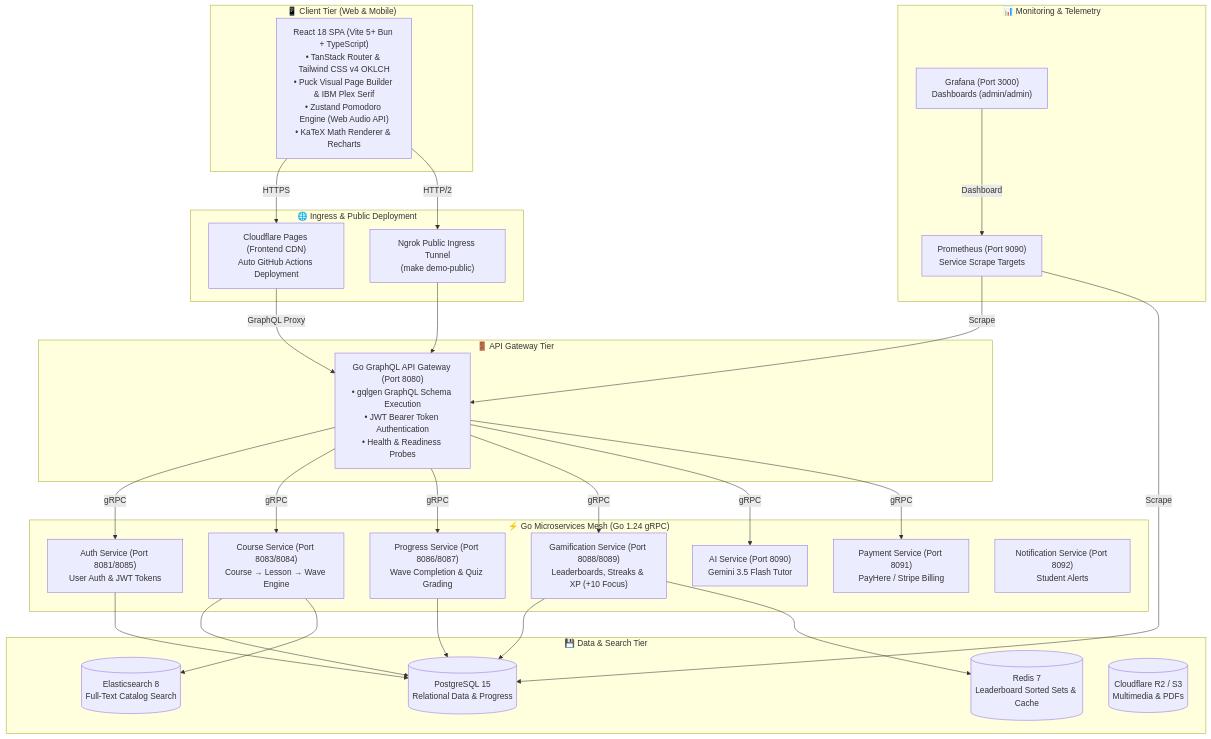
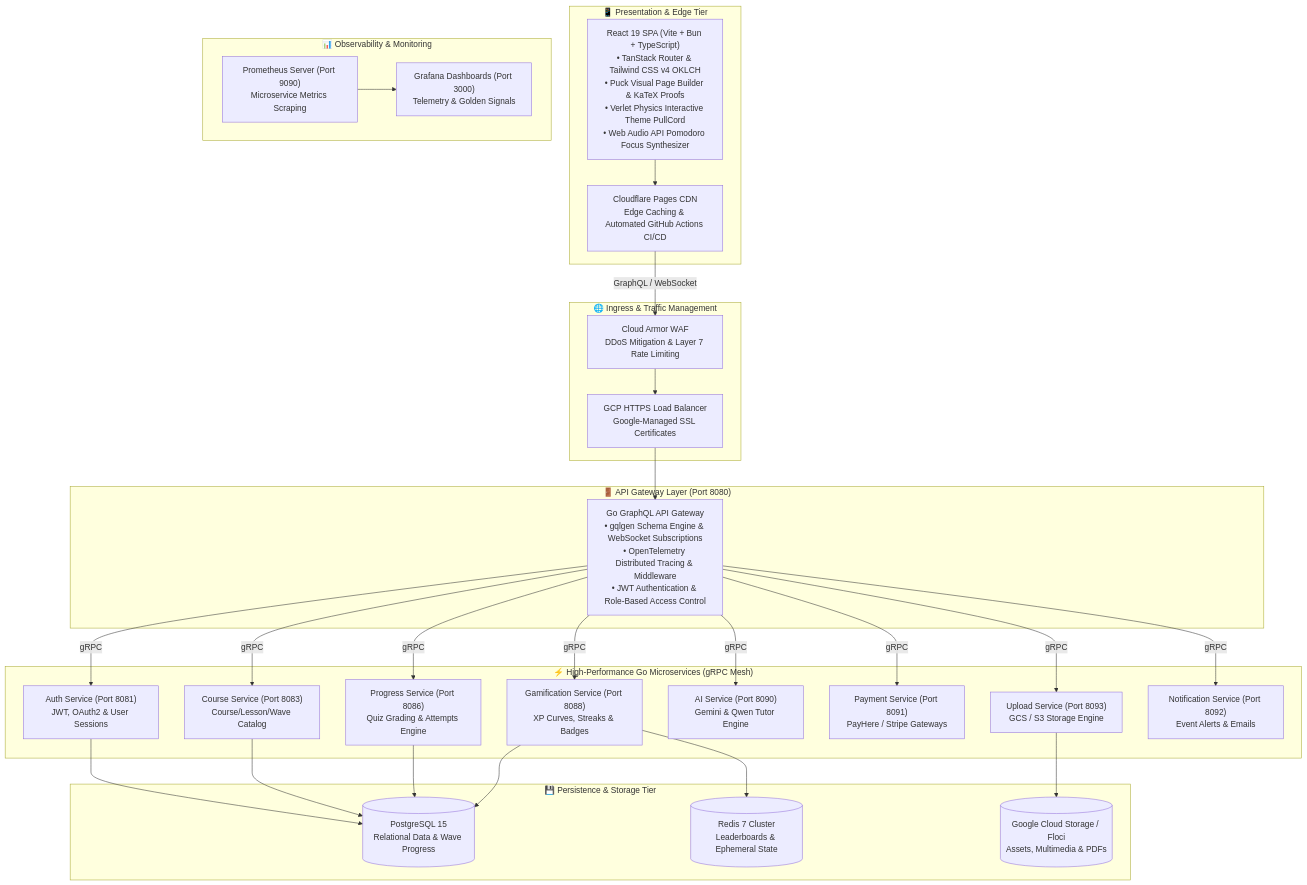
One commit to WarunaUdara/studed-project changed the diagram in README.md. Above: the diagram before and after it, drawn with Mermaid. The commit also changed other lines of this file and 10 other files, not shown here.

Commit message:
docs(readme): enhance project documentation with architecture diagram and tech stack

````diff
--- a/README.md
+++ b/README.md
@@ -61,60 +65,59 @@
 ```mermaid
 graph TB
-    subgraph Client_Tier ["📱 Client Tier (Web & Mobile)"]
-        ReactApp["React 18 SPA (Vite 5+ Bun + TypeScript)<br/>• TanStack Router & Tailwind CSS v4 OKLCH<br/>• Puck Visual Page Builder & IBM Plex Serif<br/>• Zustand Pomodoro Engine (Web Audio API)<br/>• KaTeX Math Renderer & Recharts"]
+    subgraph Client_Tier ["📱 Presentation & Edge Tier"]
+        ReactApp["React 19 SPA (Vite + Bun + TypeScript)<br/>• TanStack Router & Tailwind CSS v4 OKLCH<br/>• Puck Visual Page Builder & KaTeX Proofs<br/>• Verlet Physics Interactive Theme PullCord<br/>• Web Audio API Pomodoro Focus Synthesizer"]
+        CFPages["Cloudflare Pages CDN<br/>Edge Caching & Automated GitHub Actions CI/CD"]
+        ReactApp --> CFPages
     end
 
-    subgraph Ingress_Tier ["🌐 Ingress & Public Deployment"]
-        CloudflarePages["Cloudflare Pages (Frontend CDN)<br/>Auto GitHub Actions Deployment"]
-        Ngrok["Ngrok Public Ingress Tunnel<br/>(make demo-public)"]
+    subgraph Ingress_Tier ["🌐 Ingress & Traffic Management"]
+        CloudArmor["Cloud Armor WAF<br/>DDoS Mitigation & Layer 7 Rate Limiting"]
+        GCP_LB["GCP HTTPS Load Balancer<br/>Google-Managed SSL Certificates"]
+        CFPages -->|GraphQL / WebSocket| CloudArmor
+        CloudArmor --> GCP_LB
     end
 
-    subgraph Gateway_Tier ["🚪 API Gateway Tier"]
-        APIGateway["Go GraphQL API Gateway (Port 8080)<br/>• gqlgen GraphQL Schema Execution<br/>• JWT Bearer Token Authentication<br/>• Health & Readiness Probes"]
+    subgraph Gateway_Tier ["🚪 API Gateway Layer (Port 8080)"]
+        APIGateway["Go GraphQL API Gateway<br/>• gqlgen Schema Engine & WebSocket Subscriptions<br/>• OpenTelemetry Distributed Tracing & Middleware<br/>• JWT Authentication & Role-Based Access Control"]
+        GCP_LB --> APIGateway
     end
 
-    subgraph Service_Tier ["⚡ Go Microservices Mesh (Go 1.24 gRPC)"]
-        AuthSvc["Auth Service (Port 8081/8085)<br/>User Auth & JWT Tokens"]
-        CourseSvc["Course Service (Port 8083/8084)<br/>Course → Lesson → Wave Engine"]
-        ProgressSvc["Progress Service (Port 8086/8087)<br/>Wave Completion & Quiz Grading"]
-        GamifySvc["Gamification Service (Port 8088/8089)<br/>Leaderboards, Streaks & XP (+10 Focus)"]
-        AISvc["AI Service (Port 8090)<br/>Gemini 3.5 Flash Tutor"]
-        PaymentSvc["Payment Service (Port 8091)<br/>PayHere / Stripe Billing"]
-        NotifySvc["Notification Service (Port 8092)<br/>Student Alerts"]
+    subgraph Service_Mesh ["⚡ High-Performance Go Microservices (gRPC Mesh)"]
+        AuthSvc["Auth Service (Port 8081)<br/>JWT, OAuth2 & User Sessions"]
+        CourseSvc["Course Service (Port 8083)<br/>Course/Lesson/Wave Catalog"]
+        ProgressSvc["Progress Service (Port 8086)<br/>Quiz Grading & Attempts Engine"]
+        GamifySvc["Gamification Service (Port 8088)<br/>XP Curves, Streaks & Badges"]
+        AISvc["AI Service (Port 8090)<br/>Gemini & Qwen Tutor Engine"]
+        PaymentSvc["Payment Service (Port 8091)<br/>PayHere / Stripe Gateways"]
+        UploadSvc["Upload Service (Port 8093)<br/>GCS / S3 Storage Engine"]
+        NotifySvc["Notification Service (Port 8092)<br/>Event Alerts & Emails"]
+
+        APIGateway -->|gRPC| AuthSvc
+        APIGateway -->|gRPC| CourseSvc
+        APIGateway -->|gRPC| ProgressSvc
+        APIGateway -->|gRPC| GamifySvc
+        APIGateway -->|gRPC| AISvc
+        APIGateway -->|gRPC| PaymentSvc
+        APIGateway -->|gRPC| UploadSvc
+        APIGateway -->|gRPC| NotifySvc
     end
 
-    subgraph Observability_Tier ["📊 Monitoring & Telemetry"]
-        Prometheus["Prometheus (Port 9090)<br/>Service Scrape Targets"]
-        Grafana["Grafana (Port 3000)<br/>Dashboards (admin/admin)"]
+    subgraph Data_Tier ["💾 Persistence & Storage Tier"]
+        PostgresDB[(PostgreSQL 15<br/>Relational Data & Wave Progress)]
+        RedisCache[(Redis 7 Cluster<br/>Leaderboards & Ephemeral State)]
+        GCS_Bucket[(Google Cloud Storage / Floci<br/>Assets, Multimedia & PDFs)]
+
+        AuthSvc --> PostgresDB
+        CourseSvc --> PostgresDB
+        ProgressSvc --> PostgresDB
+        GamifySvc --> PostgresDB
+        GamifySvc --> RedisCache
+        UploadSvc --> GCS_Bucket
     end
 
-    subgraph Data_Tier ["💾 Data & Search Tier"]
-        PostgresDB[(PostgreSQL 15<br/>Relational Data & Progress)]
-        RedisCache[(Redis 7<br/>Leaderboard Sorted Sets & Cache)]
-        ElasticSearch[(Elasticsearch 8<br/>Full-Text Catalog Search)]
-        Storage[(Cloudflare R2 / S3<br/>Multimedia & PDFs)]
+    subgraph Observability_Tier ["📊 Observability & Monitoring"]
+        Prometheus["Prometheus Server (Port 9090)<br/>Microservice Metrics Scraping"]
+        Grafana["Grafana Dashboards (Port 3000)<br/>Telemetry & Golden Signals"]
+        Prometheus --> Grafana
     end
-
-    ReactApp -->|HTTPS| CloudflarePages
-    ReactApp -->|HTTP/2| Ngrok
-    Ngrok --> APIGateway
-    CloudflarePages -->|GraphQL Proxy| APIGateway
-
-    APIGateway -->|gRPC| AuthSvc
-    APIGateway -->|gRPC| CourseSvc
-    APIGateway -->|gRPC| ProgressSvc
-    APIGateway -->|gRPC| GamifySvc
-    APIGateway -->|gRPC| AISvc
-    APIGateway -->|gRPC| PaymentSvc
-
-    AuthSvc --> PostgresDB
-    CourseSvc --> PostgresDB
-    CourseSvc --> ElasticSearch
-    ProgressSvc --> PostgresDB
-    GamifySvc --> PostgresDB
-    GamifySvc --> RedisCache
-
-    Prometheus -->|Scrape| APIGateway
-    Prometheus -->|Scrape| PostgresDB
-    Grafana -->|Dashboard| Prometheus
 ```
````
